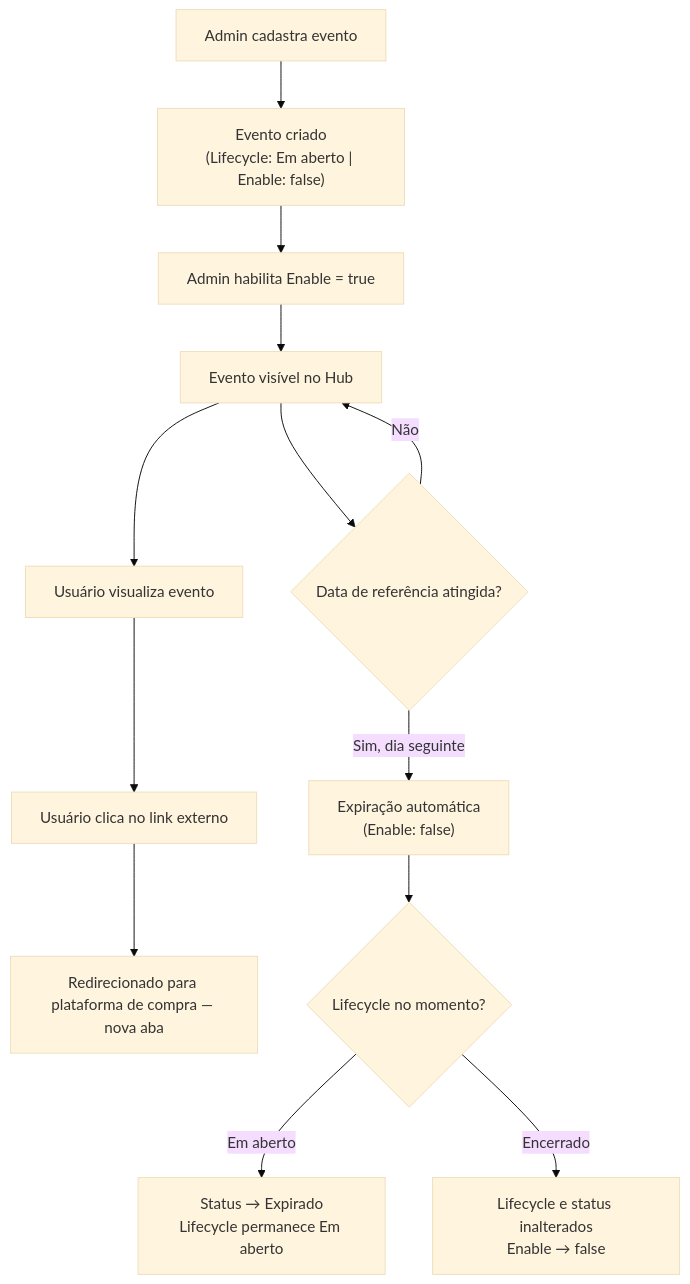
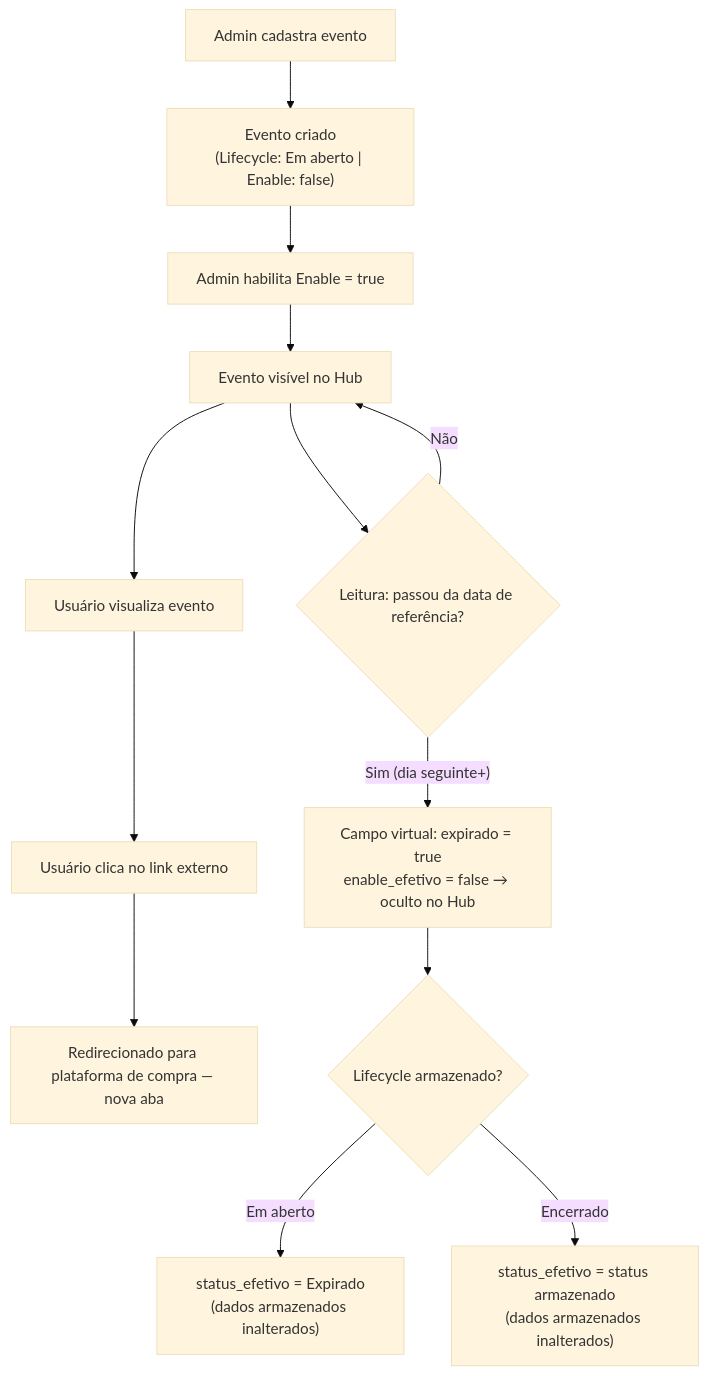
One commit to matheu5leone/karmaleoes-admin changed the first of 5 diagrams in modules/GESTAO_EVENTOS/FLOWCHART.md. Above: the diagram before and after it, drawn with Mermaid (base theme). The commit also changed other lines of this file and 10 other files, not shown here.

First line of the commit message:
docs: orçamento, revisões de spec e roadmap de desenvolvimento do Admin

````diff
--- a/modules/GESTAO_EVENTOS/FLOWCHART.md
+++ b/modules/GESTAO_EVENTOS/FLOWCHART.md
@@ -5,16 +5,16 @@
 ```mermaid
 flowchart TD
     A[Admin cadastra evento] --> B["Evento criado\n(Lifecycle: Em aberto | Enable: false)"]
     B --> C[Admin habilita Enable = true]
     C --> D[Evento visível no Hub]
     D --> E[Usuário visualiza evento]
     E --> F[Usuário clica no link externo]
     F --> G[Redirecionado para plataforma de compra — nova aba]
 
-    D --> H{Data de referência atingida?}
+    D --> H{"Leitura: passou da data de referência?"}
     H -- Não --> D
-    H -- Sim, dia seguinte --> I["Expiração automática\n(Enable: false)"]
-    I --> J{Lifecycle no momento?}
-    J -- Em aberto --> K["Status → Expirado\nLifecycle permanece Em aberto"]
-    J -- Encerrado --> L["Lifecycle e status inalterados\nEnable → false"]
+    H -- "Sim (dia seguinte+)" --> I["Campo virtual: expirado = true\nenable_efetivo = false → oculto no Hub"]
+    I --> J{Lifecycle armazenado?}
+    J -- Em aberto --> K["status_efetivo = Expirado\n(dados armazenados inalterados)"]
+    J -- Encerrado --> L["status_efetivo = status armazenado\n(dados armazenados inalterados)"]
 ```
````
